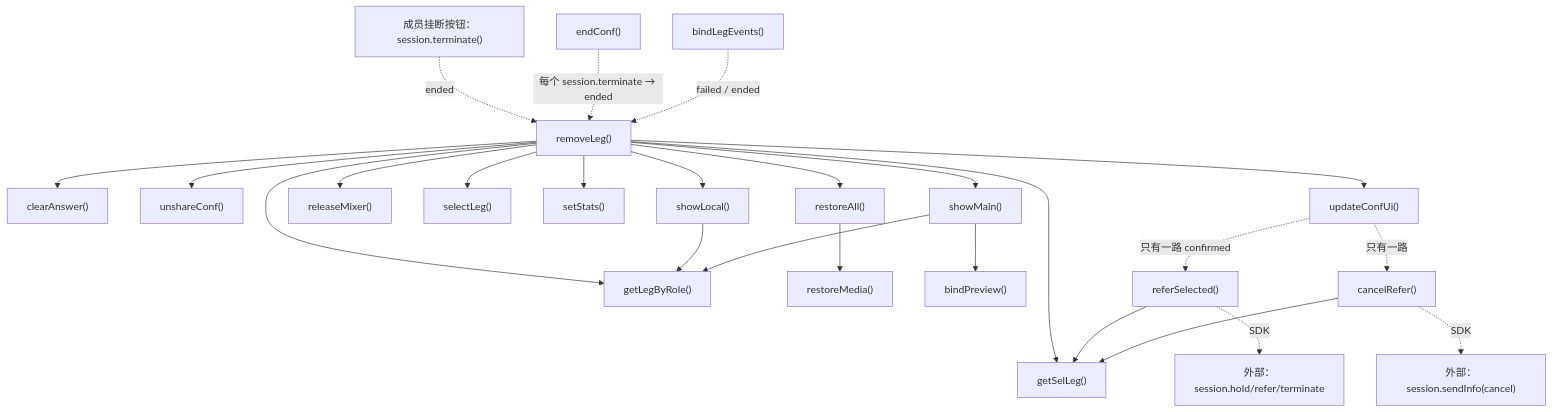
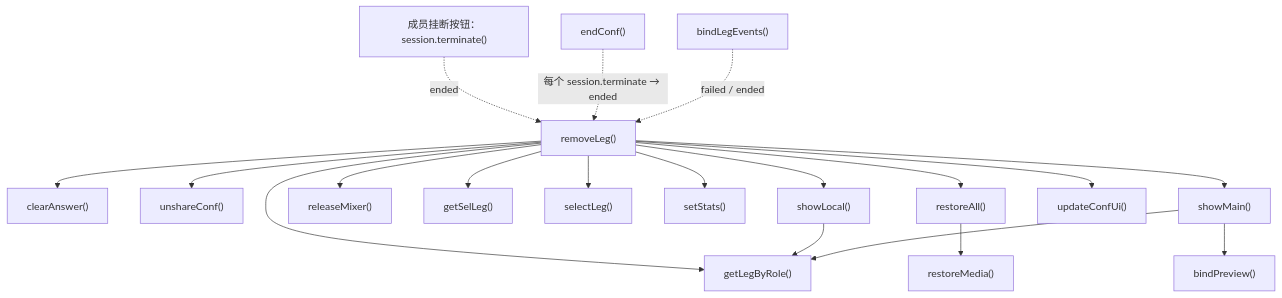
One commit to lei40251/JsSIP changed diagram 19 of 20 in docs/app-conference-guide.md. Above: the diagram before and after it, drawn with Mermaid. The commit also changed other lines of this file and 12 other files, not shown here.

````diff
--- a/docs/app-conference-guide.md
+++ b/docs/app-conference-guide.md
@@ -1337,30 +1333,23 @@
 ```mermaid
 flowchart TD
   TERMONE["成员挂断按钮：session.terminate()"] -.->|"ended"| CLEAN["removeLeg()"]
   TERMALL["endConf()"] -.->|"每个 session.terminate → ended"| CLEAN
   EVENTS["bindLegEvents()"] -.->|"failed / ended"| CLEAN
 
   CLEAN --> BYROLE["getLegByRole()"]
   CLEAN --> CLEAR["clearAnswer()"]
   CLEAN --> STOPSCREEN["unshareConf()"]
   CLEAN --> RESTORE["restoreAll()"]
   CLEAN --> RELEASE["releaseMixer()"]
   CLEAN --> CURRENT["getSelLeg()"]
   CLEAN --> SELECT["selectLeg()"]
   CLEAN --> TEXT["setStats()"]
   CLEAN --> LOCAL["showLocal()"]
   CLEAN --> MAIN["showMain()"]
   CLEAN --> UI["updateConfUi()"]
 
   RESTORE --> RESTORE_ONE["restoreMedia()"]
   LOCAL --> BYROLE
   MAIN --> BYROLE
   MAIN --> PREVIEW["bindPreview()"]
-
-  UI -.->|"只有一路 confirmed"| REFER["referSelected()"]
-  UI -.->|"只有一路"| CANCEL["cancelRefer()"]
-  REFER --> CURRENT
-  CANCEL --> CURRENT
-  REFER -.->|"SDK"| SDKREF["外部：session.hold/refer/terminate"]
-  CANCEL -.->|"SDK"| SDKINFO["外部：session.sendInfo(cancel)"]
 ```
````
